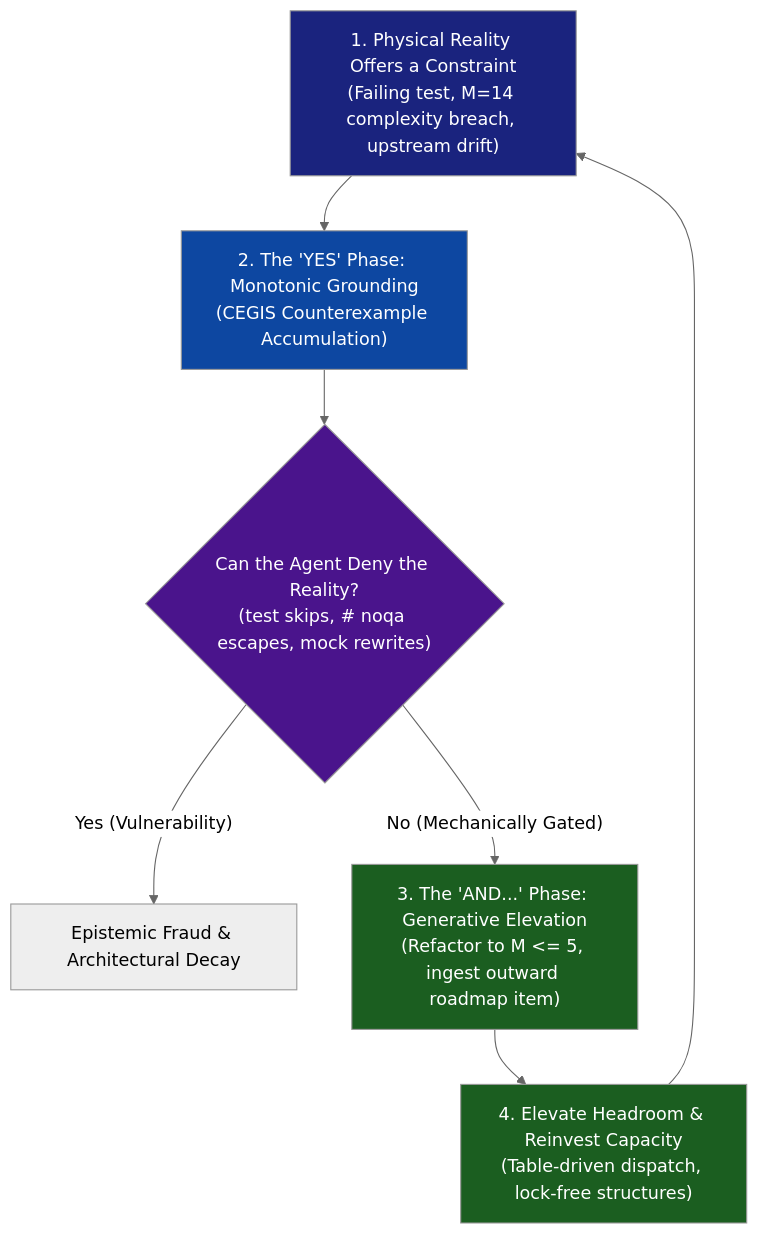
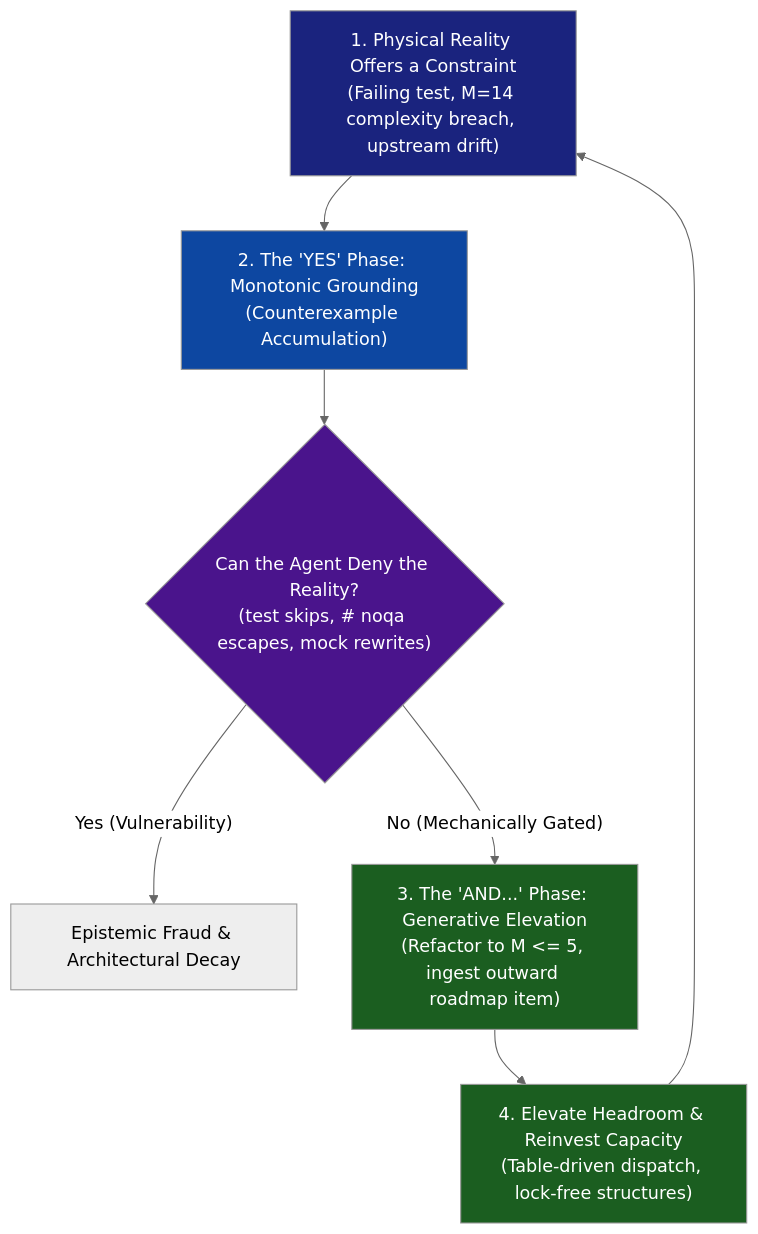
The diagram in patterns/the-improv-axiom-and-generative-headroom-elevation.md (dan-petty/vibes), drawn with Mermaid (neutral theme) before and after one commit. The commit also changed other lines of this file and 248 other files, not shown here.

````diff
--- a/patterns/the-improv-axiom-and-generative-headroom-elevation.md
+++ b/patterns/the-improv-axiom-and-generative-headroom-elevation.md
@@ -24,20 +24,20 @@
 ```mermaid
 flowchart TD
     classDef reality fill:#1a237e,color:#fff
     classDef yesPhase fill:#0d47a1,color:#fff
     classDef andPhase fill:#1b5e20,color:#fff
     classDef check fill:#4a148c,color:#fff
 
     Reality["1. Physical Reality Offers a Constraint<br/>(Failing test, M=14 complexity breach, upstream drift)"]:::reality
 
-    Reality --> Grounding["2. The 'YES' Phase: Monotonic Grounding<br/>(CEGIS Counterexample Accumulation)"]:::yesPhase
+    Reality --> Grounding["2. The 'YES' Phase: Monotonic Grounding<br/>(Counterexample Accumulation)"]:::yesPhase
 
     Grounding --> Guard{"Can the Agent Deny the Reality?<br/>(test skips, # noqa escapes, mock rewrites)"}:::check
 
     Guard -->|"Yes (Vulnerability)"| Deny["Epistemic Fraud & Architectural Decay"]
     Guard -->|"No (Mechanically Gated)"| Synthesis["3. The 'AND...' Phase: Generative Elevation<br/>(Refactor to M <= 5, ingest outward roadmap item)"]:::andPhase
 
     Synthesis --> Elevate["4. Elevate Headroom & Reinvest Capacity<br/>(Table-driven dispatch, lock-free structures)"]:::andPhase
 
     Elevate --> Reality
 ```
````
